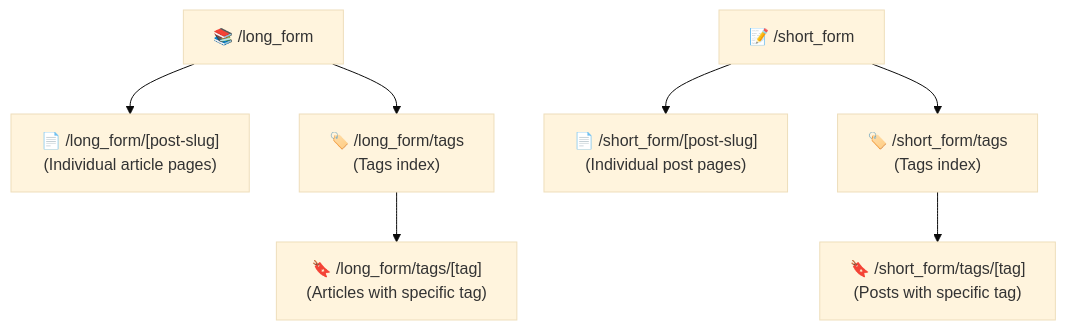
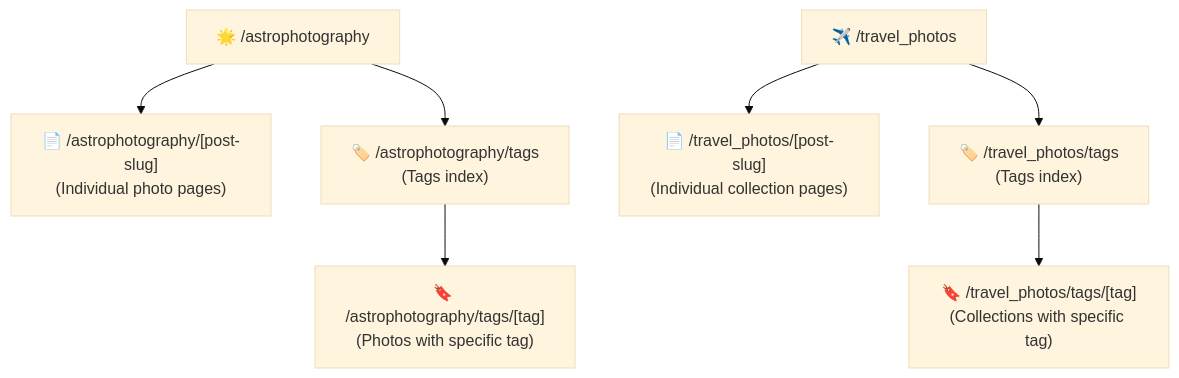
One commit to ZhunHao/my-website changed the eighth of 9 diagrams in README.md. Above: the diagram before and after it, drawn with Mermaid (base theme). The commit also changed other lines of this file, not shown here.

````diff
--- a/README.md
+++ b/README.md
@@ -358,10 +355,10 @@
 ```mermaid
 graph TD
-    E["📚 /long_form"] --> I["📄 /long_form/[post-slug]<br>(Individual article pages)"]
-    E --> J["🏷️ /long_form/tags<br>(Tags index)"]
-    J --> K["🔖 /long_form/tags/[tag]<br>(Articles with specific tag)"]
+    E["🌟 /astrophotography"] --> I["📄 /astrophotography/[post-slug]<br>(Individual photo pages)"]
+    E --> J["🏷️ /astrophotography/tags<br>(Tags index)"]
+    J --> K["🔖 /astrophotography/tags/[tag]<br>(Photos with specific tag)"]
 
-    F["📝 /short_form"] --> L["📄 /short_form/[post-slug]<br>(Individual post pages)"]
-    F --> M["🏷️ /short_form/tags<br>(Tags index)"]
-    M --> N["🔖 /short_form/tags/[tag]<br>(Posts with specific tag)"]
+    F["✈️ /travel_photos"] --> L["📄 /travel_photos/[post-slug]<br>(Individual collection pages)"]
+    F --> M["🏷️ /travel_photos/tags<br>(Tags index)"]
+    M --> N["🔖 /travel_photos/tags/[tag]<br>(Collections with specific tag)"]
 ```
````
